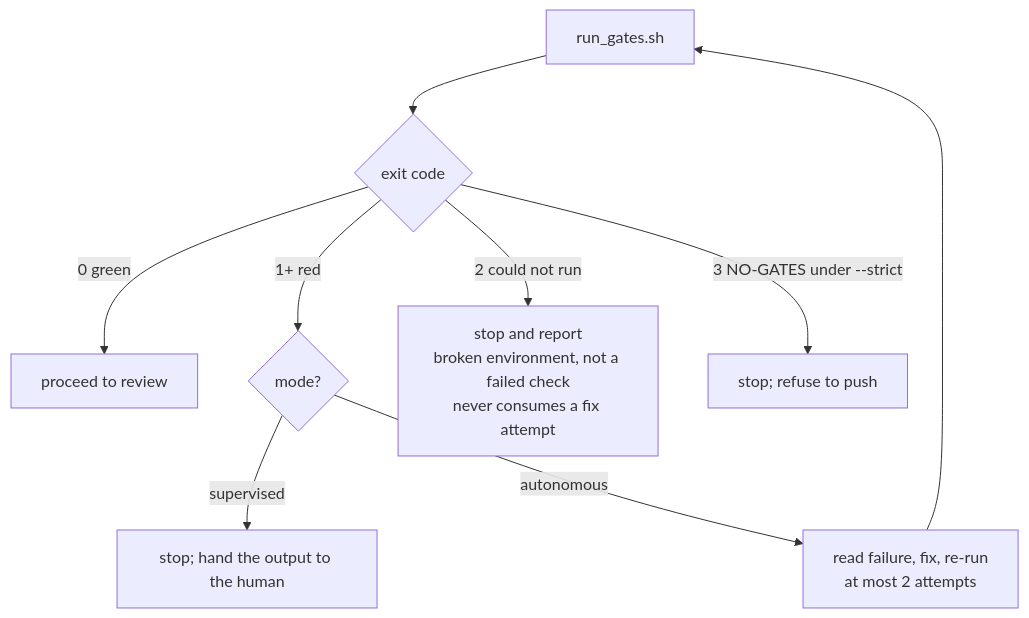
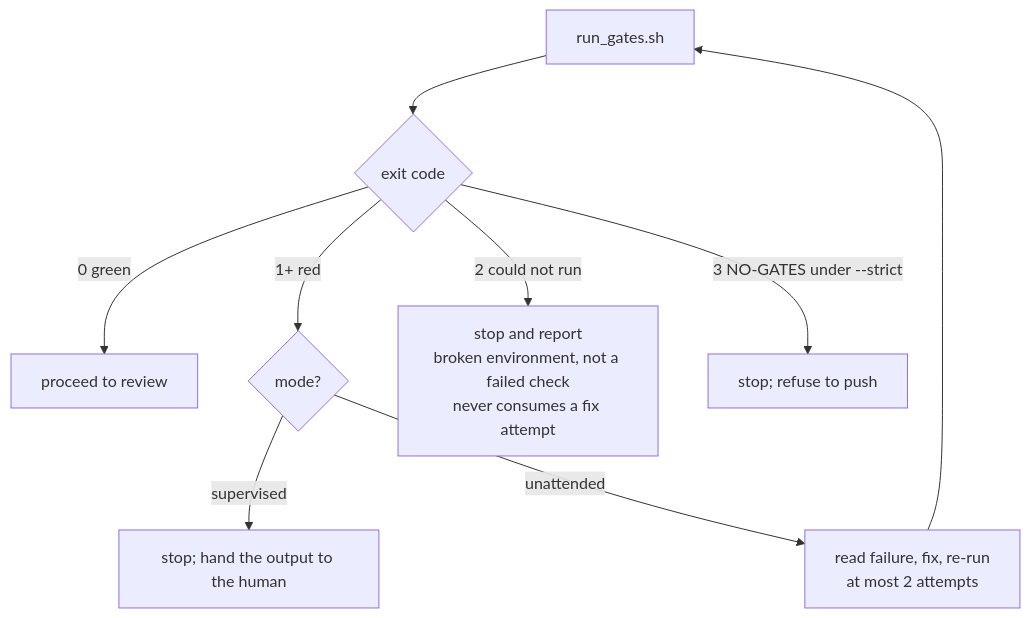
The first of 2 diagrams in docs/METHOD.md (kostya-epifanov/claude-gantry), drawn with Mermaid before and after one commit. The commit also changed other lines of this file and 29 other files, not shown here.

````diff
--- a/docs/METHOD.md
+++ b/docs/METHOD.md
@@ -44,11 +44,11 @@
 ```mermaid
 flowchart TD
   R["run_gates.sh"] --> C{"exit code"}
   C -- "0 green" --> OK["proceed to review"]
   C -- "1+ red" --> M{"mode?"}
   C -- "2 could not run" --> ENV["stop and report<br/>broken environment, not a failed check<br/>never consumes a fix attempt"]
   C -- "3 NO-GATES under --strict" --> REF["stop; refuse to push"]
   M -- "supervised" --> SH["stop; hand the output to the human"]
-  M -- "autonomous" --> FX["read failure, fix, re-run<br/>at most 2 attempts"]
+  M -- "unattended" --> FX["read failure, fix, re-run<br/>at most 2 attempts"]
   FX --> R
 ```
````
